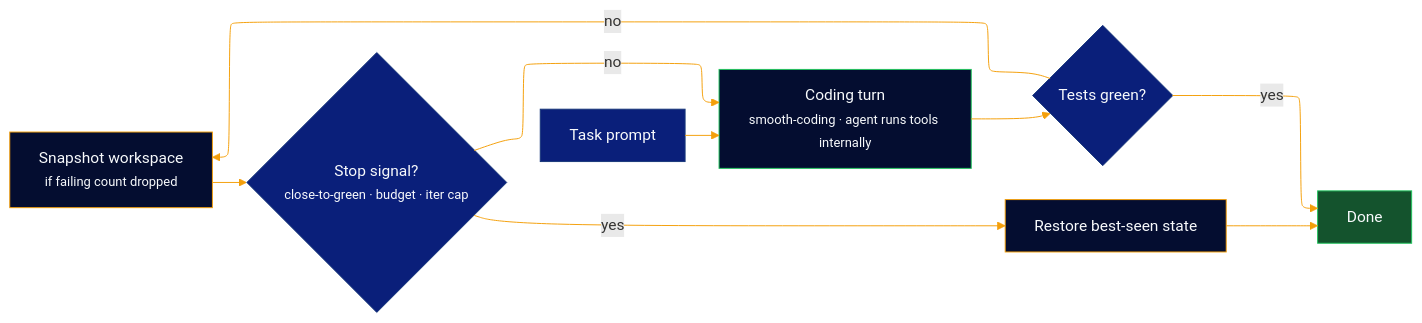
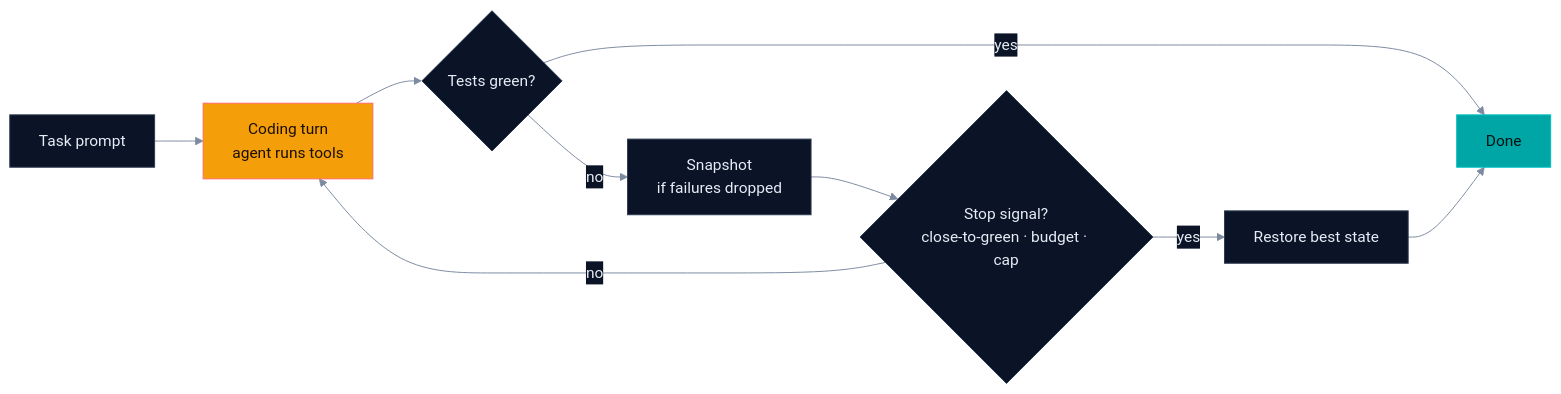
One commit to SmooAI/smooth changed the first of 5 diagrams in README.md. Above: the diagram before and after it, drawn with Mermaid. The commit also changed other lines of this file and 2 other files, not shown here.

Commit message:
chore: glow up README + diagrams — hero banner, marketing callout

````diff
--- a/README.md
+++ b/README.md
@@ -117,28 +109,19 @@
 ```mermaid
-%%{init: {"flowchart": {"defaultRenderer": "elk"}, "themeVariables": {"lineColor": "#f49f0a"}}}%%
+%%{init: {'theme':'base','themeVariables':{
+  'background':'#020618','primaryColor':'#0b1426','primaryTextColor':'#e6edf6','primaryBorderColor':'#2b3a52',
+  'lineColor':'#7c8aa0','secondaryColor':'#0b1426','tertiaryColor':'#0b1426','fontFamily':'ui-sans-serif, system-ui, sans-serif',
+  'clusterBkg':'#0b1426','clusterBorder':'#22304a'}}}%%
 flowchart LR
-    START["Task prompt"]
-    TURN["Coding turn<br/><small>smooth-coding · agent runs tools internally</small>"]
-    GREEN{"Tests green?"}
-    SNAP["Snapshot workspace<br/><small>if failing count dropped</small>"]
-    STOP{"Stop signal?<br/><small>close-to-green · budget · iter cap</small>"}
-    DONE["Done"]
-    RESTORE["Restore best-seen state"]
+    START["Task prompt"] --> TURN
+    TURN["Coding turn<br/>agent runs tools"] --> GREEN{"Tests green?"}
+    GREEN -- yes --> DONE["Done"]
+    GREEN -- no --> SNAP["Snapshot<br/>if failures dropped"]
+    SNAP --> STOP{"Stop signal?<br/>close-to-green · budget · cap"}
+    STOP -- no --> TURN
+    STOP -- yes --> RESTORE["Restore best state"] --> DONE
 
-    START --> TURN
-    TURN --> GREEN
-    GREEN -- yes --> DONE
-    GREEN -- no --> SNAP
-    SNAP --> STOP
-    STOP -- no --> TURN
-    STOP -- yes --> RESTORE
-    RESTORE --> DONE
-
-    style START fill:#0a1f7a,stroke:#18387a,color:#f8fafc
-    style TURN fill:#040d30,stroke:#22c55e,color:#f8fafc
-    style SNAP fill:#040d30,stroke:#f49f0a,color:#f8fafc
-    style GREEN fill:#0a1f7a,stroke:#18387a,color:#f8fafc
-    style STOP fill:#0a1f7a,stroke:#18387a,color:#f8fafc
-    style RESTORE fill:#040d30,stroke:#f49f0a,color:#f8fafc
-    style DONE fill:#14532d,stroke:#22c55e,color:#f8fafc
+    classDef warm fill:#f49f0a,stroke:#ff6b6c,color:#1a0f00;
+    classDef teal fill:#00a6a6,stroke:#00c2c2,color:#011;
+    class TURN warm
+    class DONE teal
 ```
````
